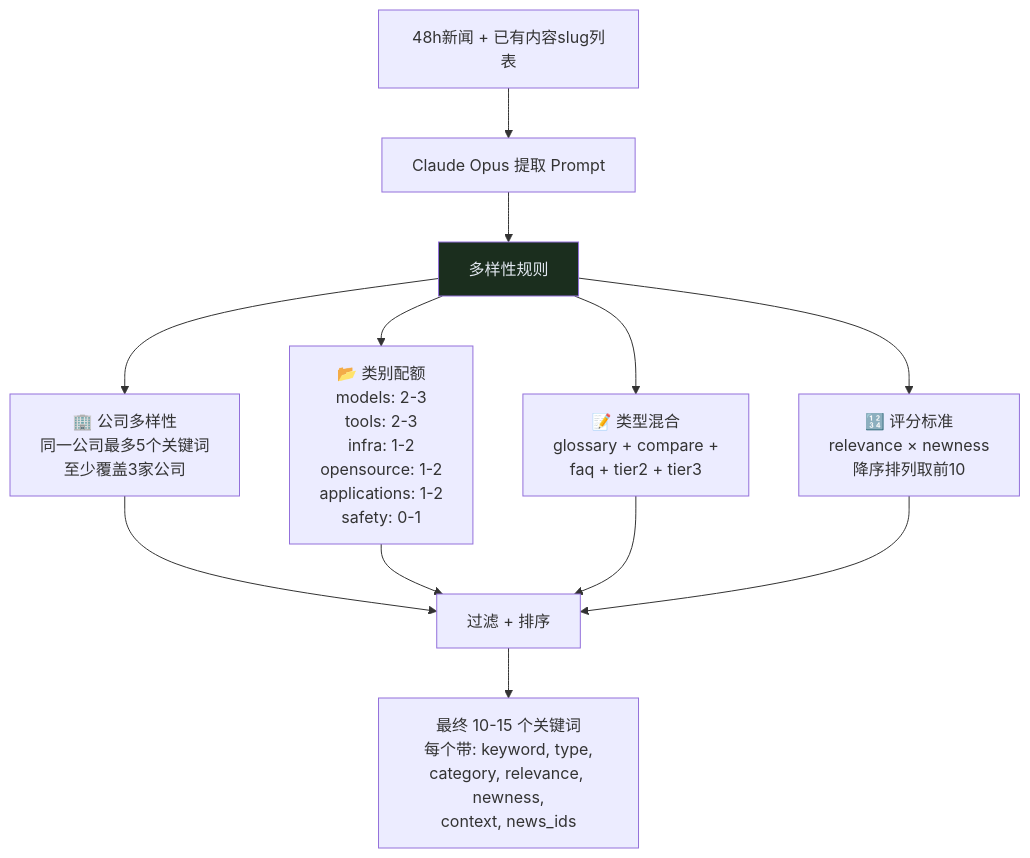
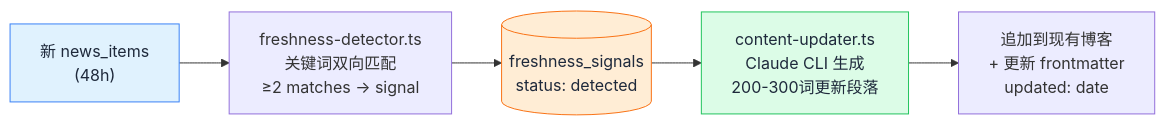
The eighth of 9 diagrams in docs/PIPELINE-ARCHITECTURE.md (morphph/hot2content-init), drawn with Mermaid before and after one commit. The commit also changed other lines of this file and 3 other files, not shown here.

First line of the commit message:
Add PAA→FAQ consumer, git push in daily-seo.sh, update architecture docs

````diff
--- a/docs/PIPELINE-ARCHITECTURE.md
+++ b/docs/PIPELINE-ARCHITECTURE.md
@@ -182,16 +342,11 @@
 ```mermaid
-flowchart TD
-    INPUT["48h新闻 + 已有内容slug列表"] --> PROMPT["Claude Opus 提取 Prompt"]
-    
-    PROMPT --> RULES["多样性规则"]
-    
-    RULES --> R1["🏢 公司多样性<br/>同一公司最多5个关键词<br/>至少覆盖3家公司"]
-    RULES --> R2["📂 类别配额<br/>models: 2-3<br/>tools: 2-3<br/>infra: 1-2<br/>opensource: 1-2<br/>applications: 1-2<br/>safety: 0-1"]
-    RULES --> R3["📝 类型混合<br/>glossary + compare +<br/>faq + tier2 + tier3"]
-    RULES --> R4["🔢 评分标准<br/>relevance × newness<br/>降序排列取前10"]
-    
-    R1 & R2 & R3 & R4 --> FILTER["过滤 + 排序"]
-    FILTER --> FINAL["最终 10-15 个关键词<br/>每个带: keyword, type,<br/>category, relevance, newness,<br/>context, news_ids"]
+flowchart LR
+    NEWS_NEW["新 news_items<br/>(48h)"] --> DETECT["freshness-detector.ts<br/>关键词双向匹配<br/>≥2 matches → signal"]
+    DETECT --> SIGNALS[(freshness_signals<br/>status: detected)]
+    SIGNALS --> UPDATE["content-updater.ts<br/>Claude CLI 生成<br/>200-300词更新段落"]
+    UPDATE --> BLOG["追加到现有博客<br/>+ 更新 frontmatter<br/>updated: date"]
 
-    style RULES fill:#1b2e1e,color:#e2e8f0
+    style NEWS_NEW fill:#e0f2fe,stroke:#3b82f6,color:#1e293b
+    style SIGNALS fill:#ffedd5,stroke:#f97316,color:#1e293b
+    style UPDATE fill:#dcfce7,stroke:#22c55e,color:#1e293b
 ```
````
